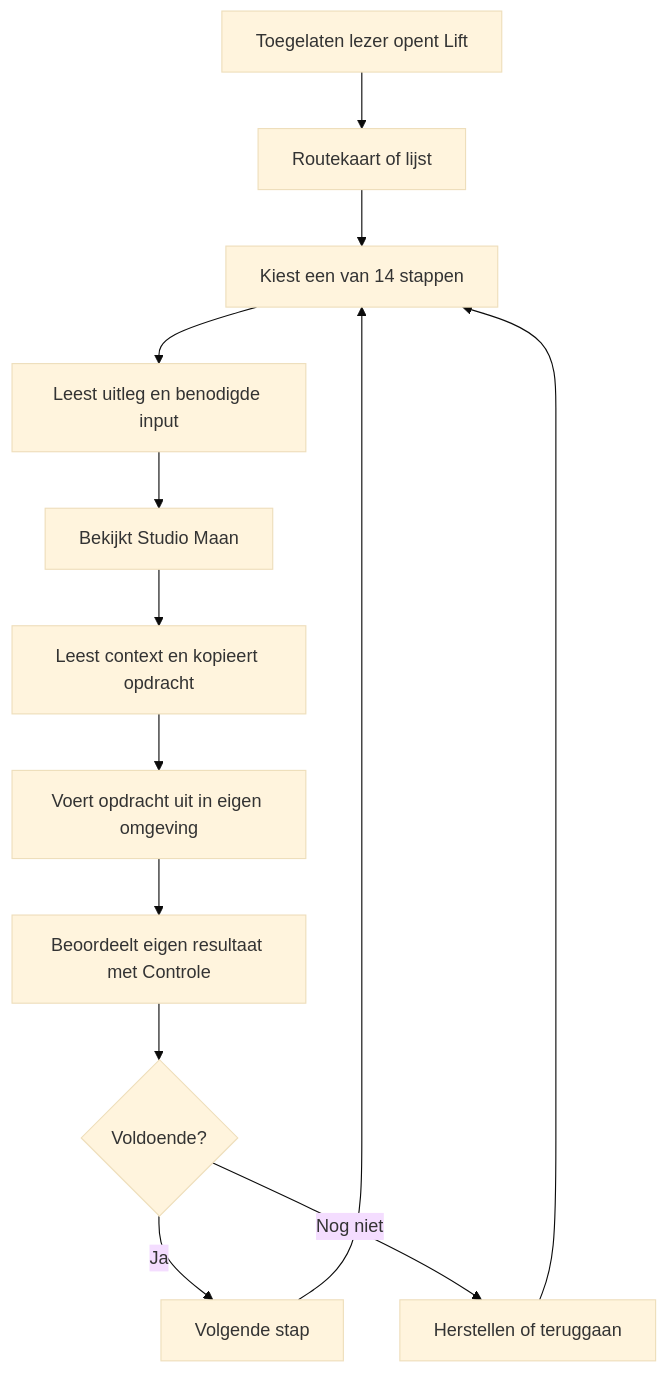
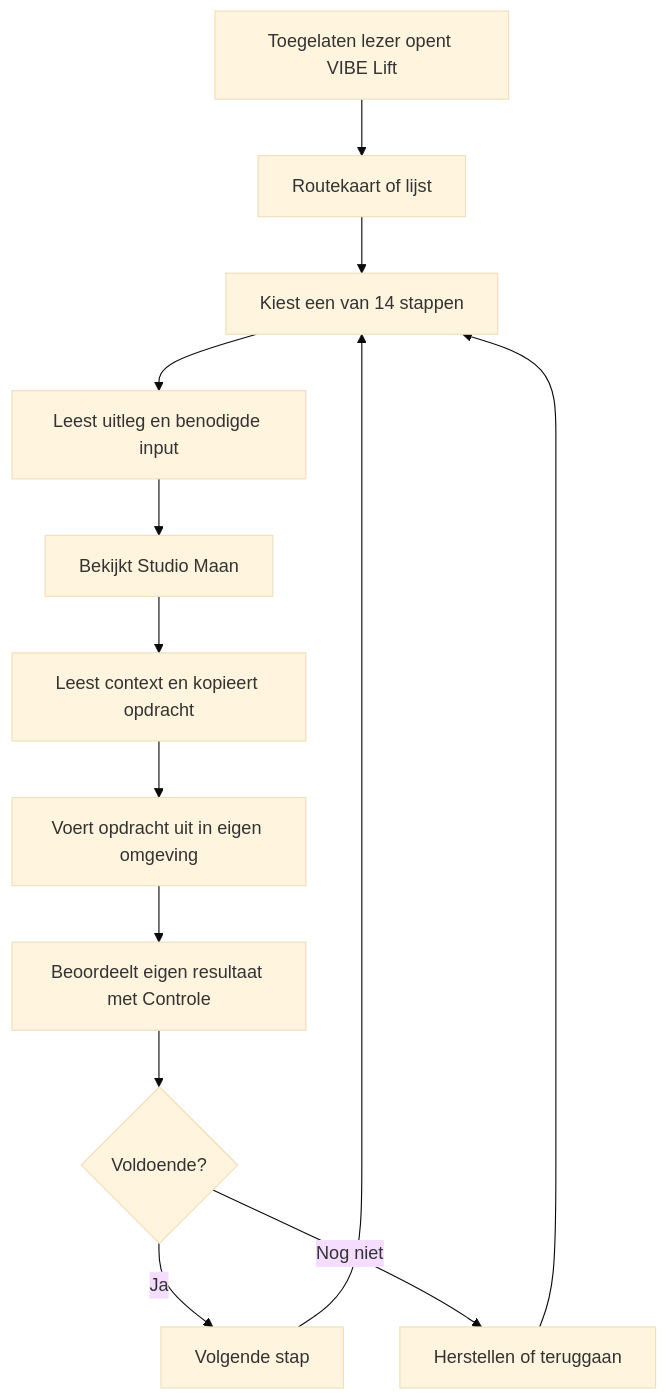
The diagram in docs/APPLICATION_USER_OPERATING_MODEL.md (Mavas1976/Vibe-Lift), drawn with Mermaid (base theme) before and after one commit. The commit also changed other lines of this file and 18 other files, not shown here.

Commit message:
Rebrand site as VIBE Lift and remove public framework references

````diff
--- a/docs/APPLICATION_USER_OPERATING_MODEL.md
+++ b/docs/APPLICATION_USER_OPERATING_MODEL.md
@@ -68,15 +68,15 @@
 ```mermaid
 flowchart TD
-  A[Toegelaten lezer opent Lift] --> B[Routekaart of lijst]
+  A[Toegelaten lezer opent VIBE Lift] --> B[Routekaart of lijst]
   B --> C[Kiest een van 14 stappen]
   C --> D[Leest uitleg en benodigde input]
   D --> E[Bekijkt Studio Maan]
   E --> F[Leest context en kopieert opdracht]
   F --> G[Voert opdracht uit in eigen omgeving]
   G --> H[Beoordeelt eigen resultaat met Controle]
   H --> I{Voldoende?}
   I -->|Ja| J[Volgende stap]
   I -->|Nog niet| K[Herstellen of teruggaan]
   J --> C
   K --> C
 ```
````
